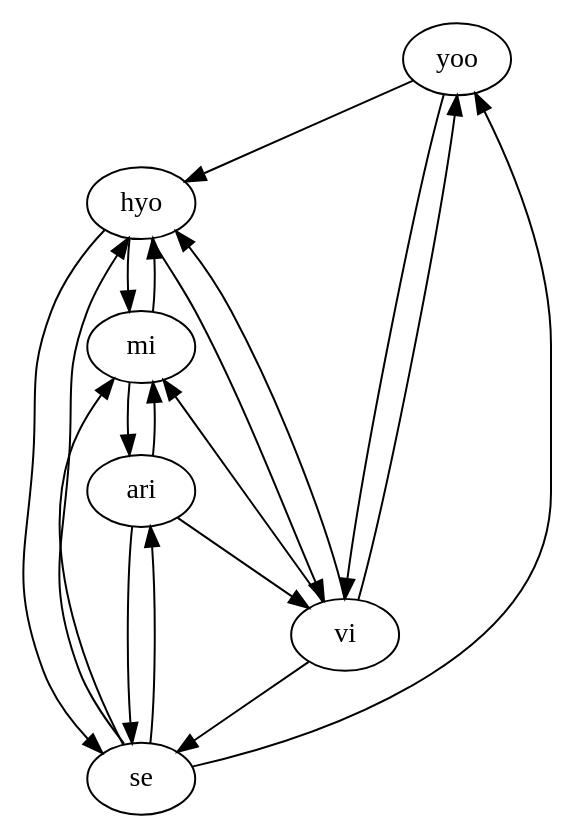
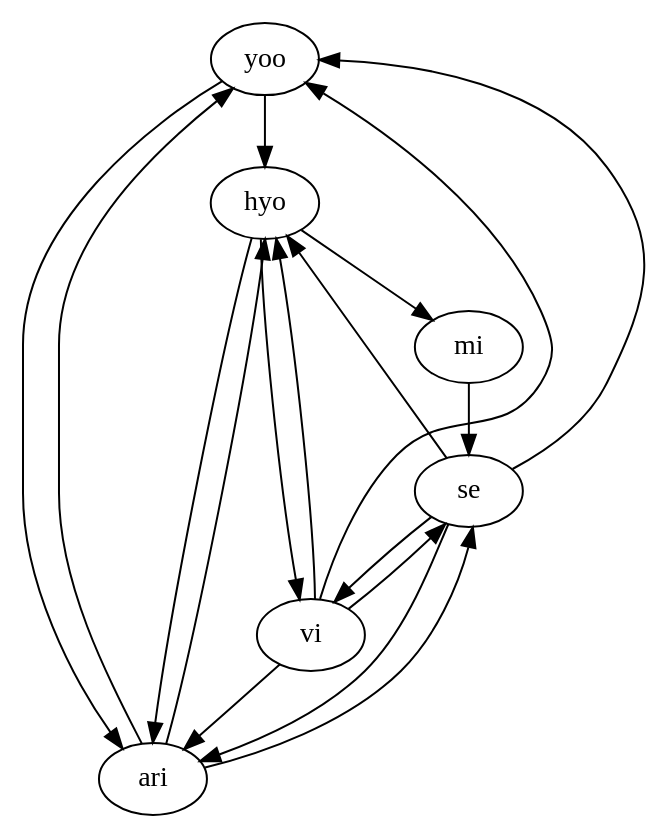
Before and after one commit to hannimpeha/WS: the diagram in src/main/java/resource/awesome.dot, drawn with Graphviz. The commit also changed 5 other files, not shown here.

```diff
--- a/src/main/java/resource/awesome.dot
+++ b/src/main/java/resource/awesome.dot
@@ -1,20 +1,19 @@
 digraph {
 yoo->hyo;
 hyo->mi;
-mi->hyo;
 hyo->vi;
 vi->hyo;
-hyo->se;
 se->hyo;
-yoo->vi;
+hyo->ari;
+ari->hyo;
 vi->yoo;
 se->yoo;
-vi->mi;
-se->mi;
-mi->ari;
-ari->mi;
+yoo->ari;
+ari->yoo;
+mi->se;
 vi->se;
-ari->vi;
+se->vi;
+vi->ari;
 se->ari;
 ari->se;
 }
```
